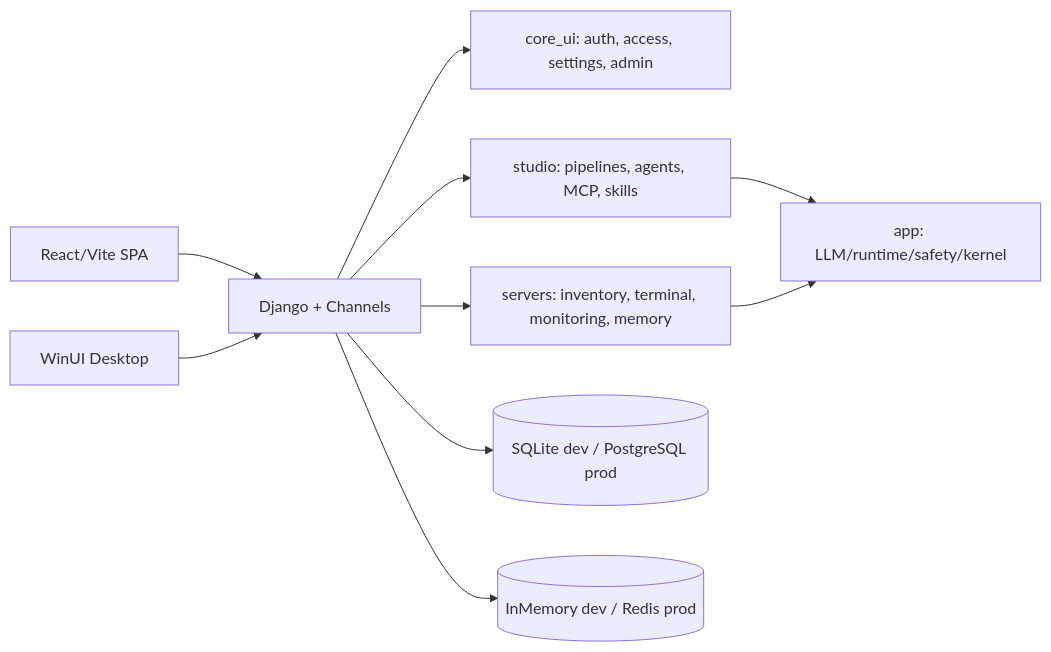
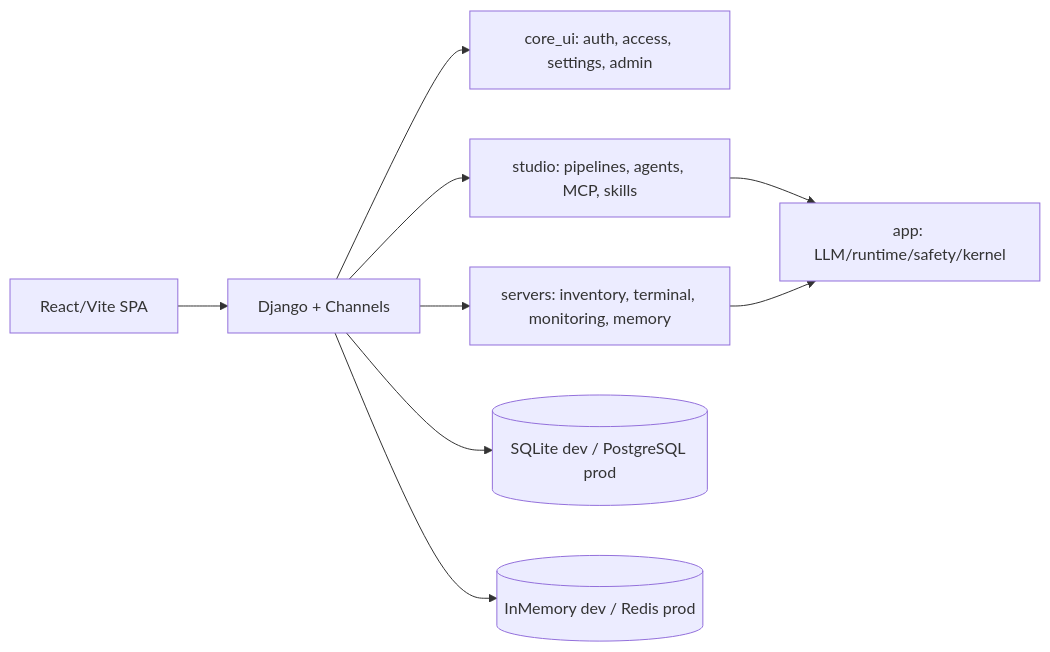
One commit to LLprod39/WebTerm changed the diagram in docs/architecture/README.md. Above: the diagram before and after it, drawn with Mermaid. The commit also changed 76 other files, not shown here.

````diff
--- a/docs/architecture/README.md
+++ b/docs/architecture/README.md
@@ -9,12 +9,11 @@
 ```mermaid
 flowchart LR
     Frontend["React/Vite SPA"] --> Django["Django + Channels"]
-    Desktop["WinUI Desktop"] --> Django
     Django --> Core["core_ui: auth, access, settings, admin"]
     Django --> Servers["servers: inventory, terminal, monitoring, memory"]
     Django --> Studio["studio: pipelines, agents, MCP, skills"]
     Studio --> Runtime["app: LLM/runtime/safety/kernel"]
     Servers --> Runtime
     Django --> DB[("SQLite dev / PostgreSQL prod")]
     Django --> Redis[("InMemory dev / Redis prod")]
 ```
````
